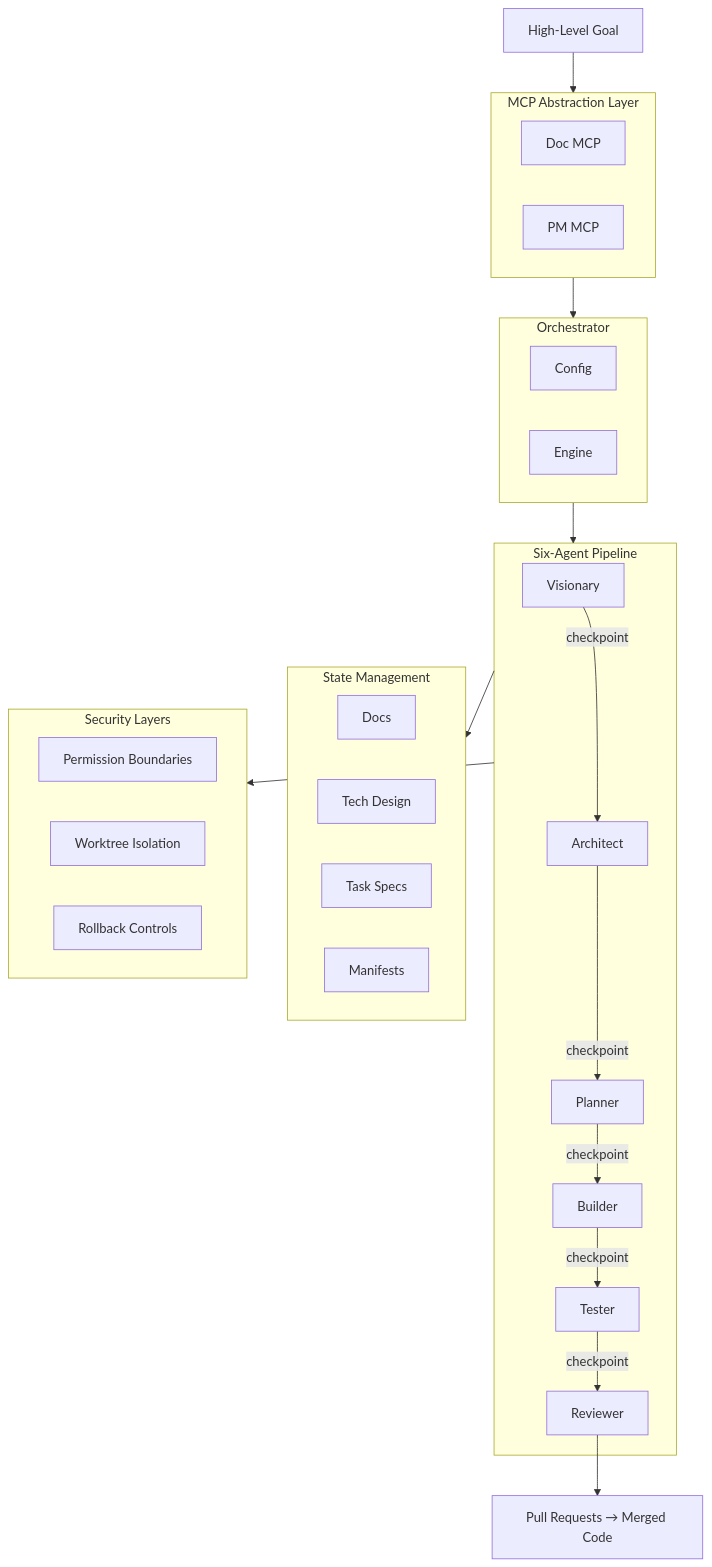
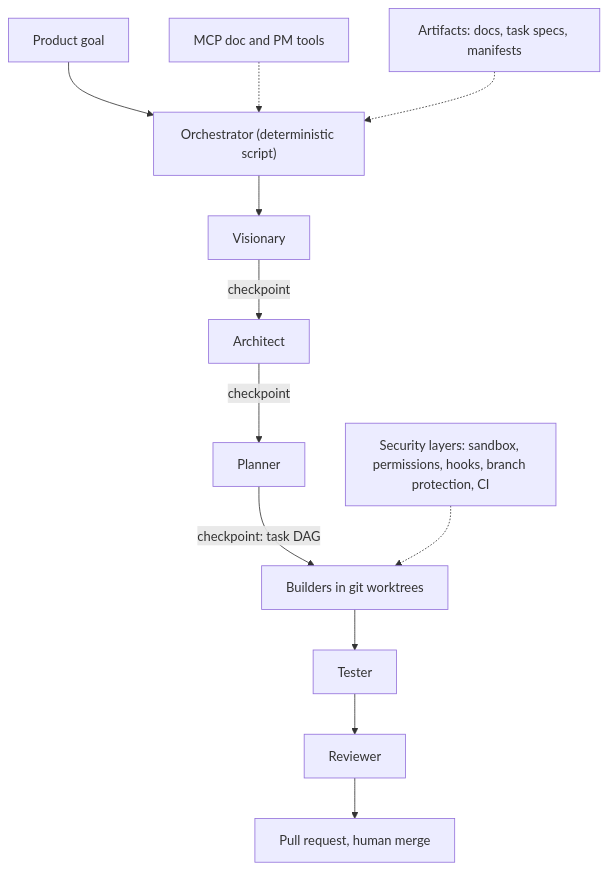
One commit to carlosboeing/agentic-sdlc-workflow changed the diagram in blueprint/README.md. Above: the diagram before and after it, drawn with Mermaid. The commit also changed other lines of this file and 10 other files, not shown here.

````diff
--- a/blueprint/README.md
+++ b/blueprint/README.md
@@ -17,42 +21,14 @@
 ```mermaid
 graph TB
-    Goal["High-Level Goal"]
-
-    subgraph MCP["MCP Abstraction Layer"]
-        DocMCP["Doc MCP"]
-        PMMCP["PM MCP"]
-    end
-
-    subgraph Orchestrator["Orchestrator"]
-        Config["Config"]
-        Engine["Engine"]
-    end
-
-    subgraph Pipeline["Six-Agent Pipeline"]
-        V["Visionary"] -->|checkpoint| A["Architect"]
-        A -->|checkpoint| P["Planner"]
-        P -->|checkpoint| B["Builder"]
-        B -->|checkpoint| T["Tester"]
-        T -->|checkpoint| R["Reviewer"]
-    end
-
-    subgraph State["State Management"]
-        Docs["Docs"]
-        TechDesign["Tech Design"]
-        TaskSpecs["Task Specs"]
-        Manifests["Manifests"]
-    end
-
-    subgraph Security["Security Layers"]
-        Permissions["Permission Boundaries"]
-        Isolation["Worktree Isolation"]
-        Rollback["Rollback Controls"]
-    end
-
-    Goal --> MCP
-    MCP --> Orchestrator
-    Orchestrator --> Pipeline
-    Pipeline --> State
-    Pipeline --> Security
-    R --> Output["Pull Requests → Merged Code"]
+    Goal["Product goal"] --> Orch["Orchestrator (deterministic script)"]
+    Orch --> V["Visionary"]
+    V -->|"checkpoint"| A["Architect"]
+    A -->|"checkpoint"| P["Planner"]
+    P -->|"checkpoint: task DAG"| B["Builders in git worktrees"]
+    B --> T["Tester"]
+    T --> R["Reviewer"]
+    R --> PR["Pull request, human merge"]
+    MCP["MCP doc and PM tools"] -.-> Orch
+    State["Artifacts: docs, task specs, manifests"] -.-> Orch
+    Sec["Security layers: sandbox, permissions, hooks, branch protection, CI"] -.-> B
 ```
````
